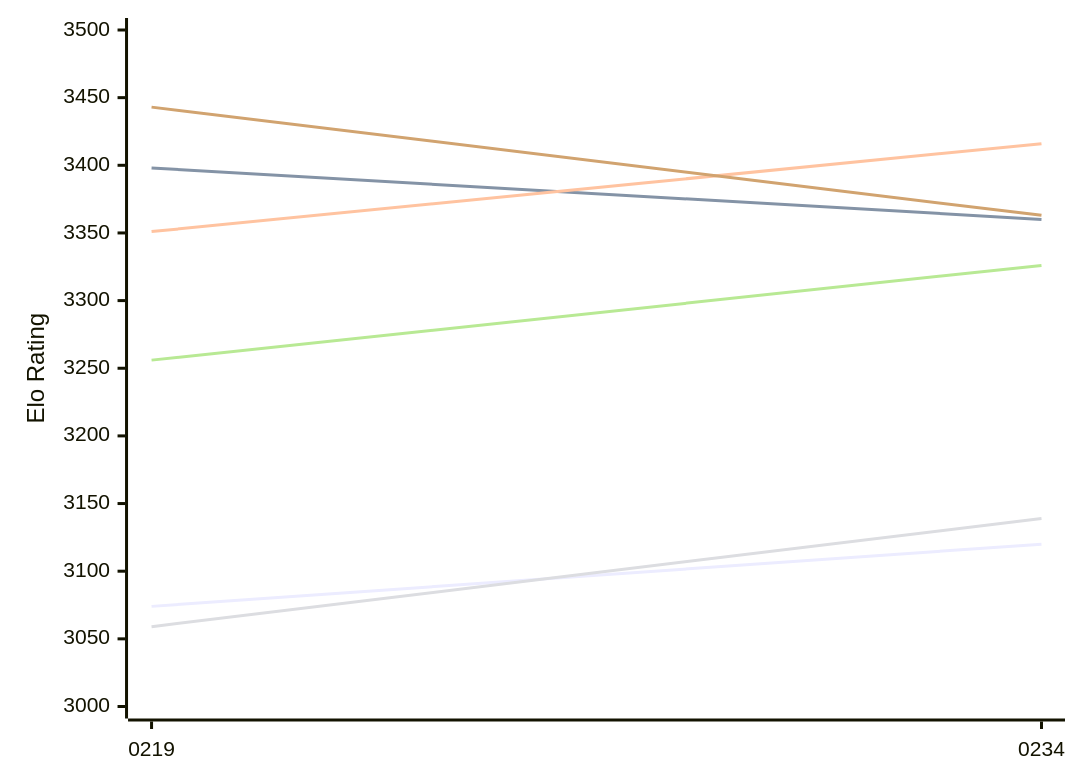
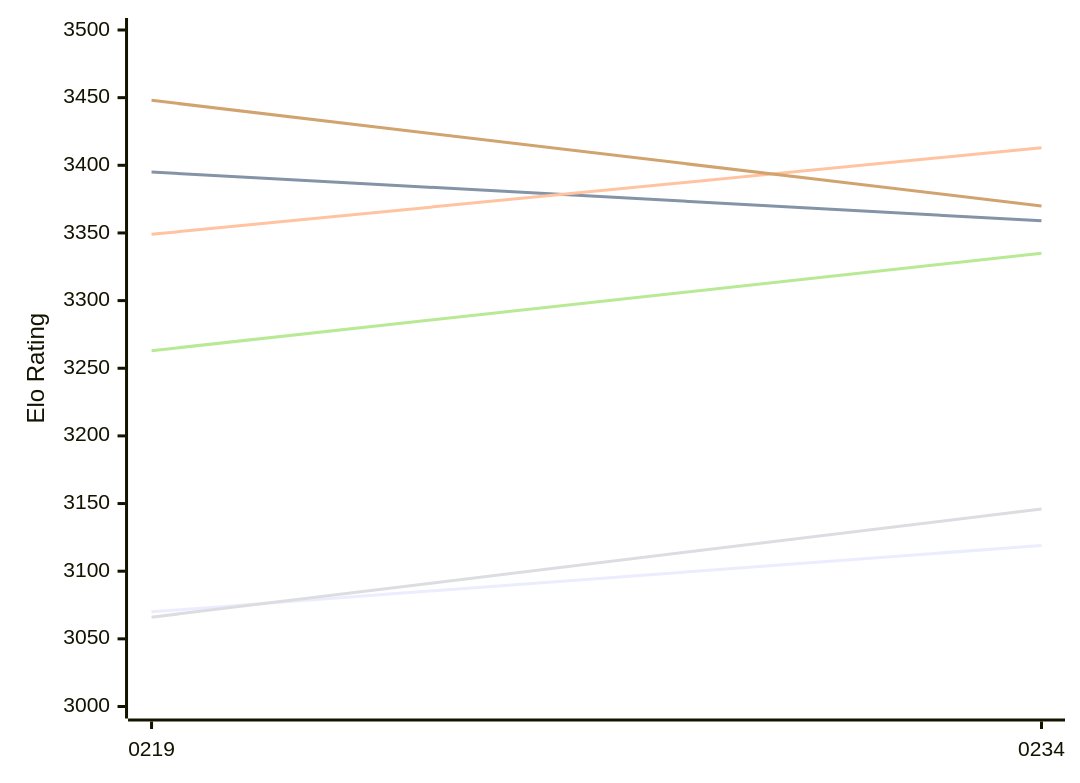
One commit to computer-chess-index/cci changed the first of 2 diagrams in engines/Ynode.md. Above: the diagram before and after it, drawn with Mermaid. The commit also changed other lines of this file, not shown here.

Commit message:
Update CCI Ratings (ELO VLTC) - 2026-11-23

````diff
--- a/engines/Ynode.md
+++ b/engines/Ynode.md
@@ -50,12 +50,12 @@
 ```mermaid
 %%{init: {"theme":"base","themeVariables":{"seriesColors:['#a3a3a3','#222221','#faa371']}}}%%
 xychart-beta
   x-axis ["0219", "0234"]
   y-axis "Elo Rating" 3000 --> 3500
-  line "E1: STC (8.0+0.08s)" [3074, 3120]
-  line "E1: LTC (60.0+0.60s)" [3398, 3360]
-  line "E1: VLTC (2m24s+1.12s)" [3351, 3416]
-  line "P1: STC (8.0+0.08s)" [3059, 3139]
-  line "P1: LTC (60.0+0.60s)" [3256, 3326]
-  line "P1: VLTC (2m24s+1.12s)" [3443, 3363]
+  line "E1: STC (8.0+0.08s)" [3070, 3119]
+  line "E1: LTC (60.0+0.60s)" [3395, 3359]
+  line "E1: VLTC (2m24s+1.12s)" [3349, 3413]
+  line "P1: STC (8.0+0.08s)" [3066, 3146]
+  line "P1: LTC (60.0+0.60s)" [3263, 3335]
+  line "P1: VLTC (2m24s+1.12s)" [3448, 3370]
 ```
````
